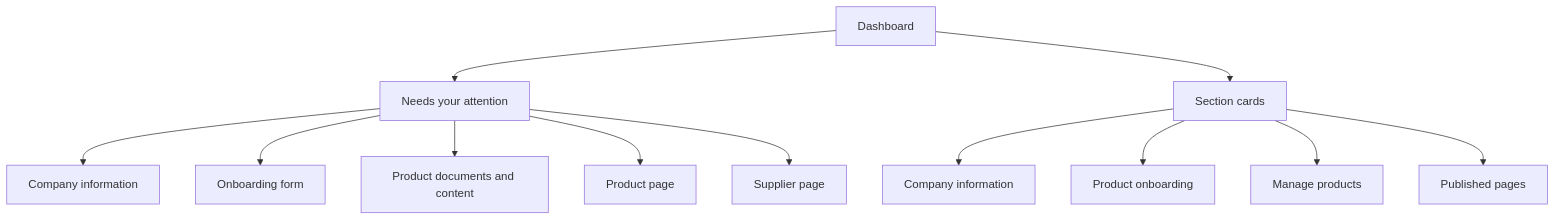
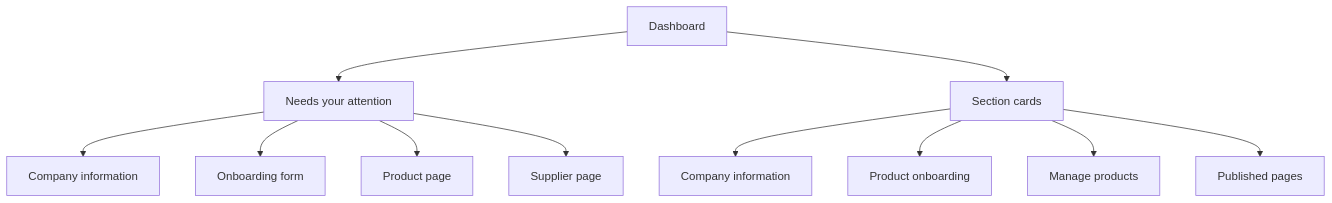
Before and after one commit to ataylanez/HealthStore-beta-Ezgi: the second of 13 diagrams in docs/SUPPLIER_PORTAL_FLOWS.md, drawn with Mermaid. The commit also changed other lines of this file and 76 other files, not shown here.

````diff
--- a/docs/SUPPLIER_PORTAL_FLOWS.md
+++ b/docs/SUPPLIER_PORTAL_FLOWS.md
@@ -26,14 +41,13 @@
 ```mermaid
 flowchart TD
   dash[Dashboard] --> queue[Needs your attention]
   dash --> sections[Section cards]
   queue --> company[Company information]
   queue --> form[Onboarding form]
-  queue --> docs[Product documents and content]
   queue --> productPage[Product page]
   queue --> supplierPage[Supplier page]
   sections --> companyCard[Company information]
   sections --> onboard[Product onboarding]
   sections --> manage[Manage products]
   sections --> published[Published pages]
 ```
````
